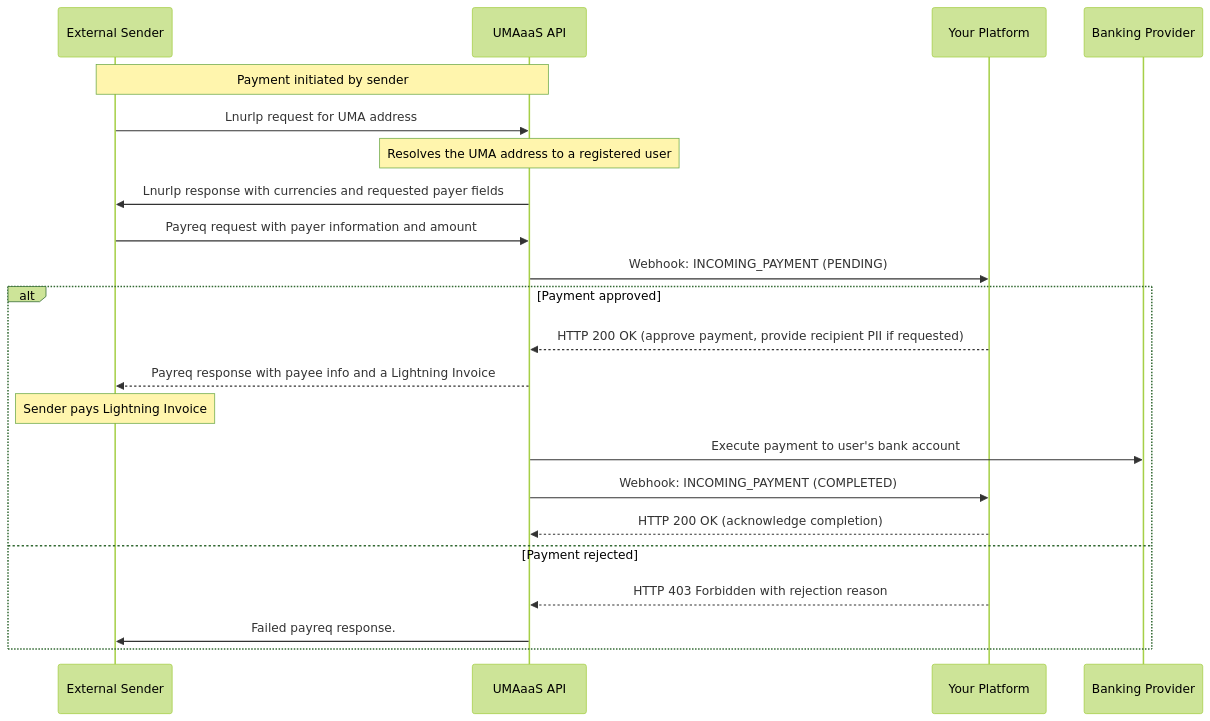
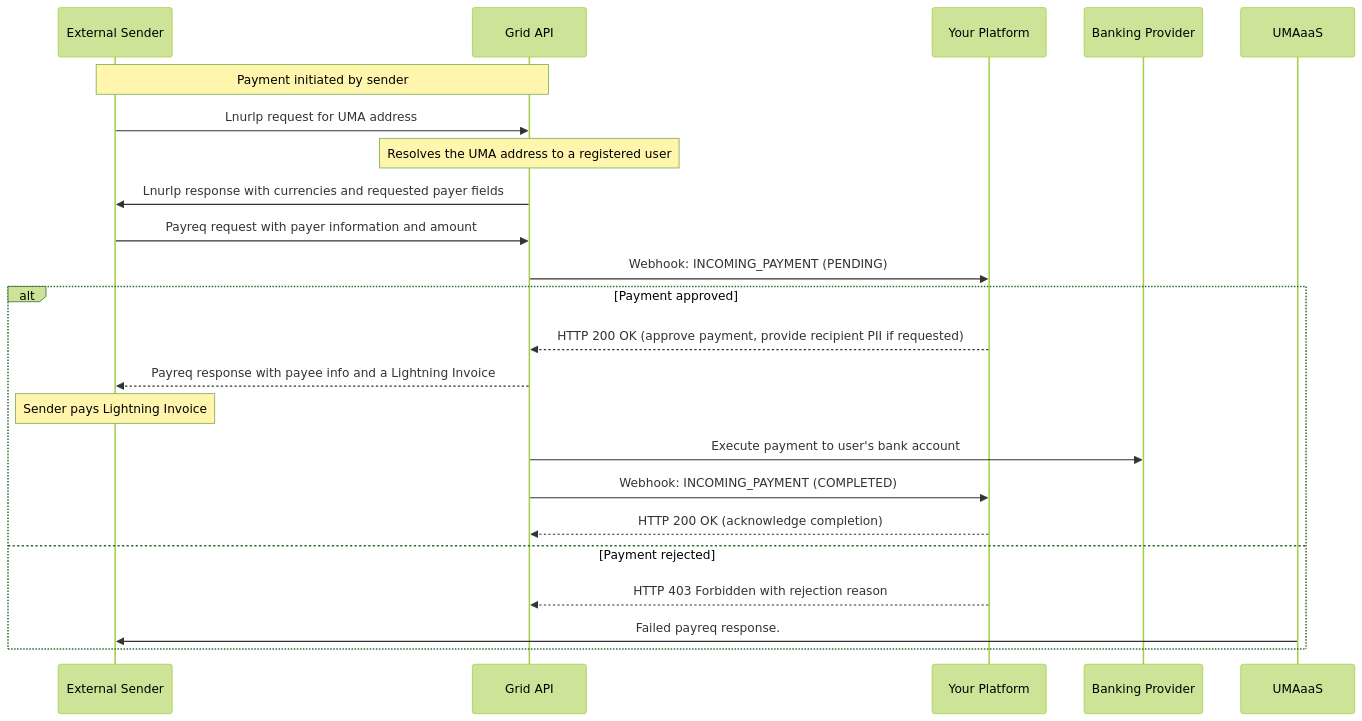
Before and after one commit to lightsparkdev/umaaas-api: the second of 2 diagrams in mintlify/remittances/developer-guides/receiving-payments.mdx, drawn with Mermaid (forest theme). The commit also changed other lines of this file and 32 other files, not shown here.

````diff
--- a/mintlify/remittances/developer-guides/receiving-payments.mdx
+++ b/mintlify/remittances/developer-guides/receiving-payments.mdx
@@ -259,26 +259,26 @@
 ```mermaid
 sequenceDiagram
     participant Sender as External Sender
-    participant UMAaaS as UMAaaS API
+    participant Grid as Grid API
     participant Client as Your Platform
     participant Bank as Banking Provider
     
-    Note over Sender, UMAaaS: Payment initiated by sender
-    Sender->>UMAaaS: Lnurlp request for UMA address
-    Note over UMAaaS: Resolves the UMA address to a registered user
-    UMAaaS->>Sender: Lnurlp response with currencies and requested payer fields
-    Sender->>UMAaaS: Payreq request with payer information and amount
-    UMAaaS->>Client: Webhook: INCOMING_PAYMENT (PENDING)
+    Note over Sender, Grid: Payment initiated by sender
+    Sender->>Grid: Lnurlp request for UMA address
+    Note over Grid: Resolves the UMA address to a registered user
+    Grid->>Sender: Lnurlp response with currencies and requested payer fields
+    Sender->>Grid: Payreq request with payer information and amount
+    Grid->>Client: Webhook: INCOMING_PAYMENT (PENDING)
     
     alt Payment approved
-        Client-->>UMAaaS: HTTP 200 OK (approve payment, provide recipient PII if requested)
-        UMAaaS-->>Sender: Payreq response with payee info and a Lightning Invoice
+        Client-->>Grid: HTTP 200 OK (approve payment, provide recipient PII if requested)
+        Grid-->>Sender: Payreq response with payee info and a Lightning Invoice
         Note over Sender: Sender pays Lightning Invoice
-        UMAaaS->>Bank: Execute payment to user's bank account
-        UMAaaS->>Client: Webhook: INCOMING_PAYMENT (COMPLETED)
-        Client-->>UMAaaS: HTTP 200 OK (acknowledge completion)
+        Grid->>Bank: Execute payment to user's bank account
+        Grid->>Client: Webhook: INCOMING_PAYMENT (COMPLETED)
+        Client-->>Grid: HTTP 200 OK (acknowledge completion)
     else Payment rejected
-        Client-->>UMAaaS: HTTP 403 Forbidden with rejection reason
+        Client-->>Grid: HTTP 403 Forbidden with rejection reason
         UMAaaS->>Sender: Failed payreq response.
     end
 ```
````
